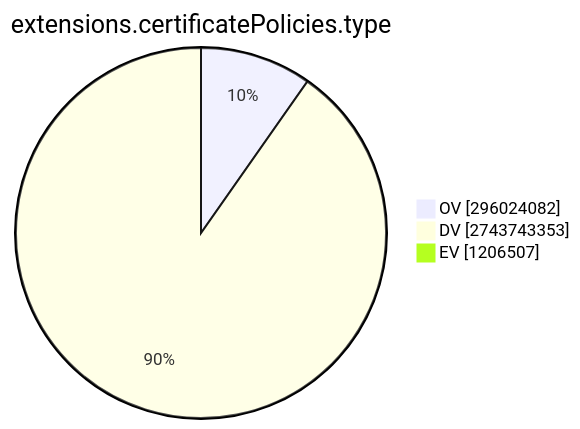
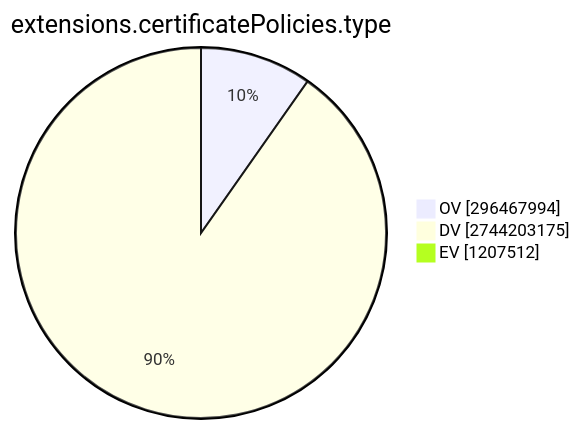
One commit to christiankrug/ctmonitor_visualization changed the ninth of 15 diagrams in TOTAL/README.md. Above: the diagram before and after it, drawn with Mermaid. The commit also changed other lines of this file, not shown here.

````diff
--- a/TOTAL/README.md
+++ b/TOTAL/README.md
@@ -3098,7 +3098,7 @@
 ```mermaid
 pie showData
 title extensions.certificatePolicies.type
-"OV" :296024082
-"DV" :2743743353
-"EV" :1206507
+"OV" :296467994
+"DV" :2744203175
+"EV" :1207512
 ```
````
